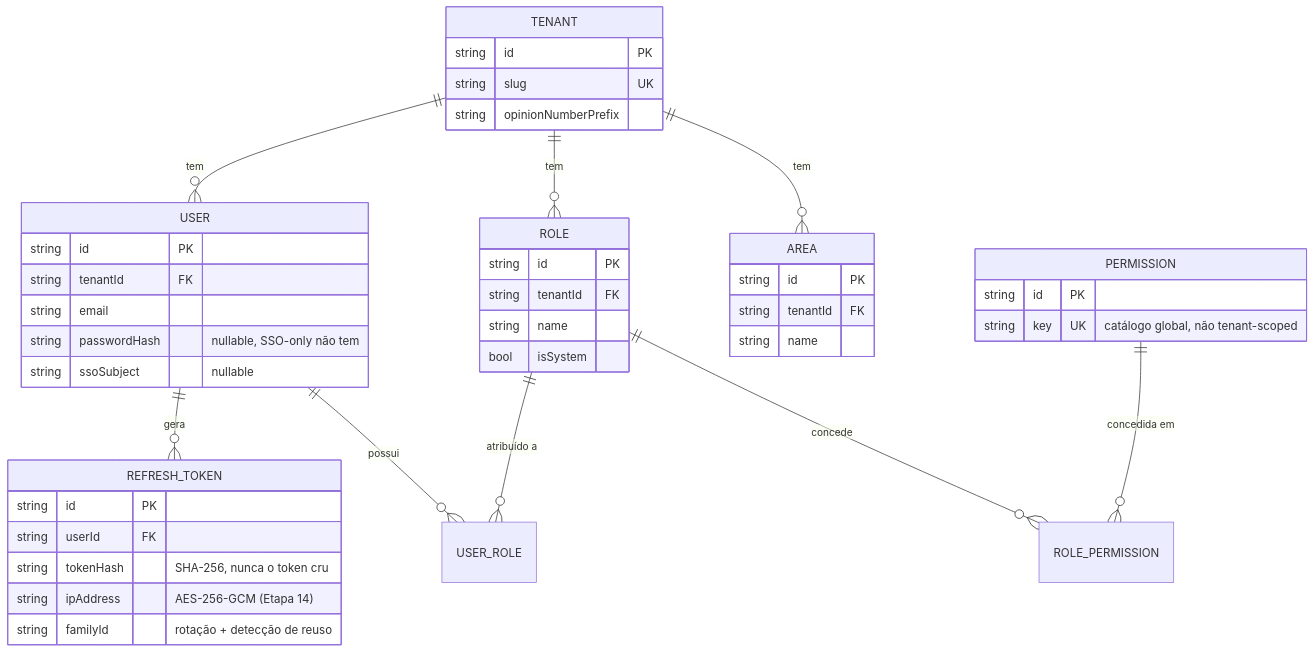
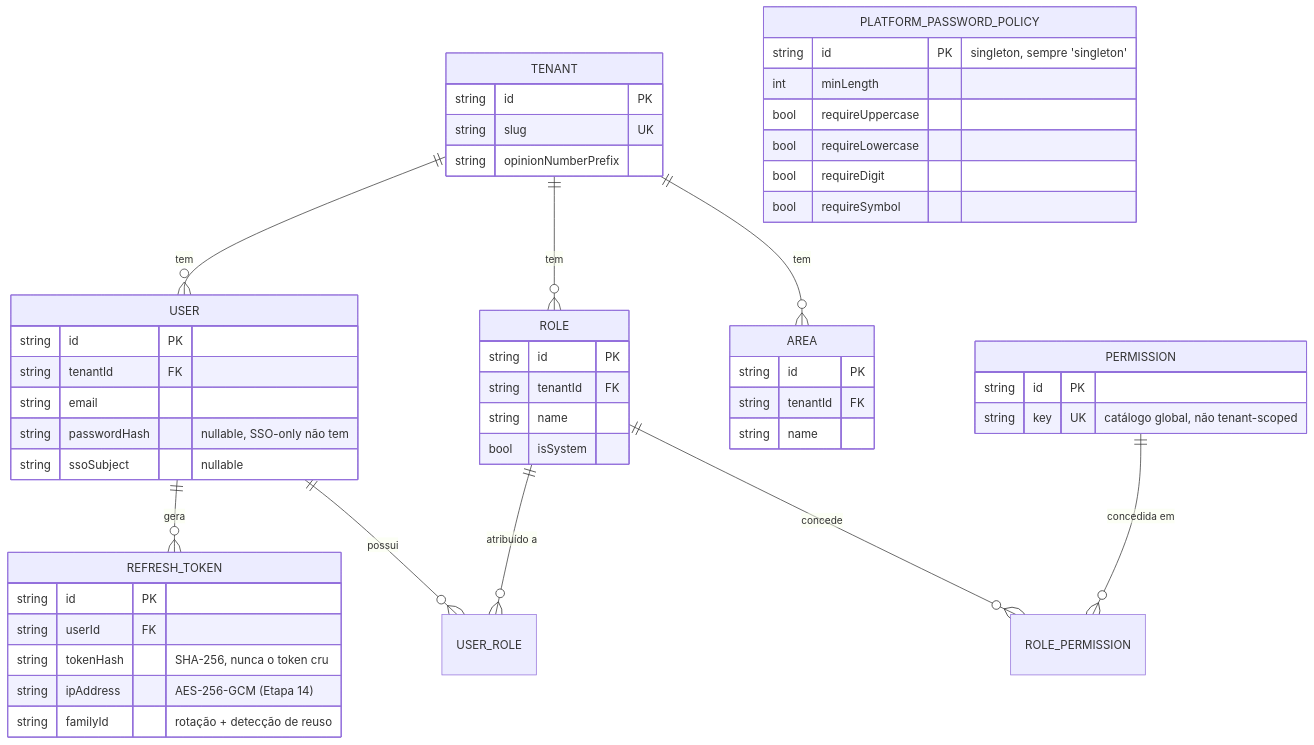
The first of 7 diagrams in docs/architecture.md (domcabral9/morpheus-beta), drawn with Mermaid before and after one commit. The commit also changed other lines of this file and 4 other files, not shown here.

First line of the commit message:
feat(auth): política de senha (plataforma) - schema + seed (Fase 1) (#93)

````diff
--- a/docs/architecture.md
+++ b/docs/architecture.md
@@ -17,46 +17,54 @@
 ```mermaid
 erDiagram
     TENANT ||--o{ AREA : tem
     TENANT ||--o{ ROLE : tem
     TENANT ||--o{ USER : tem
     ROLE ||--o{ ROLE_PERMISSION : concede
     PERMISSION ||--o{ ROLE_PERMISSION : "concedida em"
     USER ||--o{ USER_ROLE : possui
     ROLE ||--o{ USER_ROLE : "atribuído a"
     USER ||--o{ REFRESH_TOKEN : gera
 
     TENANT {
         string id PK
         string slug UK
         string opinionNumberPrefix
     }
     AREA {
         string id PK
         string tenantId FK
         string name
     }
     PERMISSION {
         string id PK
         string key UK "catálogo global, não tenant-scoped"
     }
     ROLE {
         string id PK
         string tenantId FK
         string name
         bool isSystem
     }
     USER {
         string id PK
         string tenantId FK
         string email
         string passwordHash "nullable, SSO-only não tem"
         string ssoSubject "nullable"
     }
     REFRESH_TOKEN {
         string id PK
         string userId FK
         string tokenHash "SHA-256, nunca o token cru"
         string ipAddress "AES-256-GCM (Etapa 14)"
         string familyId "rotação + detecção de reuso"
     }
+    PLATFORM_PASSWORD_POLICY {
+        string id PK "singleton, sempre 'singleton'"
+        int minLength
+        bool requireUppercase
+        bool requireLowercase
+        bool requireDigit
+        bool requireSymbol
+    }
 ```
````
